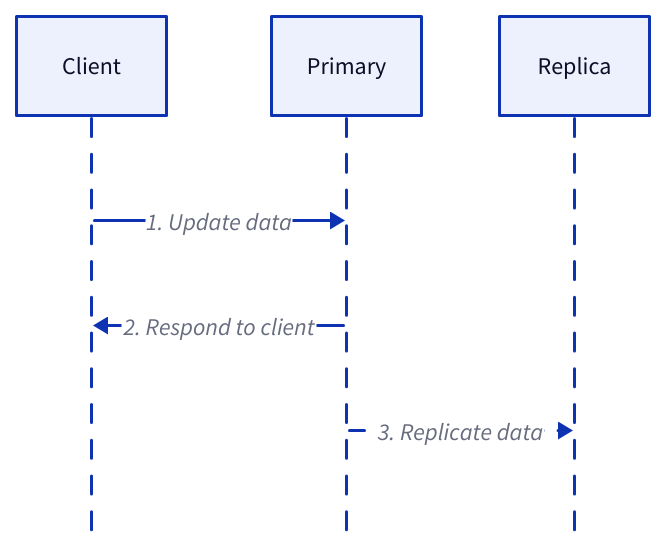
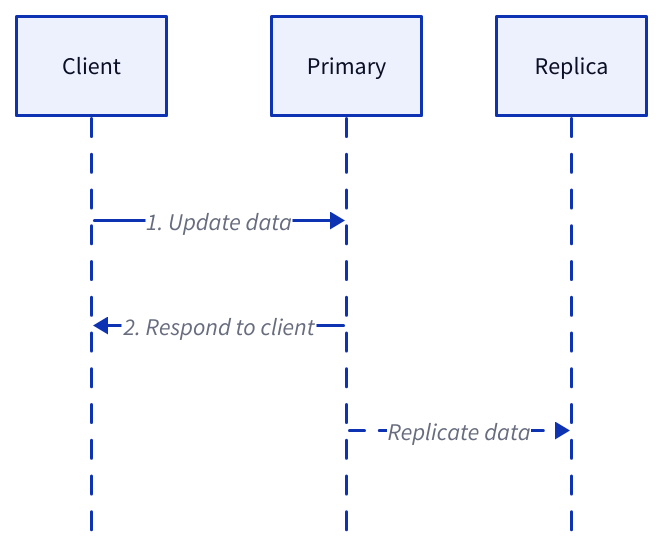
Before and after one commit to link1905/system-design-101: the fifth of 12 diagrams in content/docs/data-persistence/distributed-database/_index.md, drawn with D2. The commit also changed other lines of this file and 49 other files, not shown here.

````diff
--- a/content/docs/data-persistence/distributed-database/_index.md
+++ b/content/docs/data-persistence/distributed-database/_index.md
@@ -144,18 +146,18 @@
 ```d2
 shape: sequence_diagram
 direction: right
 c: Client {
     class: client
 }
 w: Primary {
   class: db
 }
 r: Replica {
   class: db
 }
 c -> w: 1. Update data
 w -> c: 2. Respond to client
-w -> r: 3. Replicate data {
+w -> r: Replicate data {
     style.animated: true
 }
 ```
````
